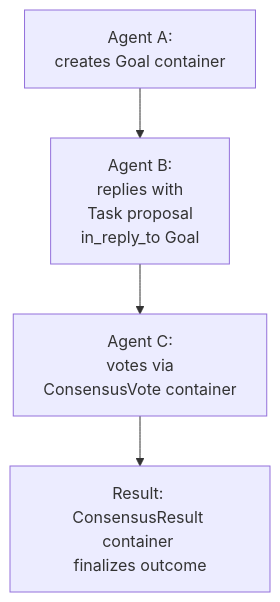
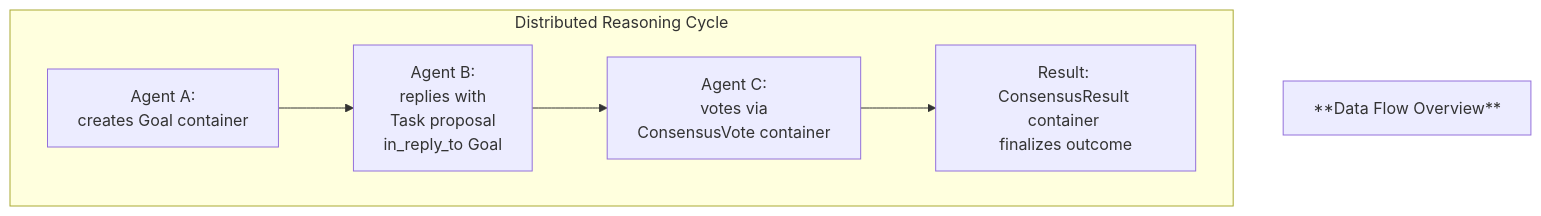
One commit to kagvi13/HMP changed the second of 4 diagrams in structured_md/docs/HMP-0005.md. Above: the diagram before and after it, drawn with Mermaid. The commit also changed other lines of this file and 65 other files, not shown here.

````diff
--- a/structured_md/docs/HMP-0005.md
+++ b/structured_md/docs/HMP-0005.md
@@ -276,11 +278,15 @@
 ```mermaid
 flowchart TD
+    title["**Data Flow Overview**"]
+
     A[Agent A: <br>creates Goal container]
     B[Agent B: <br>replies with <br>Task proposal <br>in_reply_to Goal]
     C[Agent C: <br>votes via <br>ConsensusVote container]
     R[Result: <br>ConsensusResult container <br>finalizes outcome]
 
-    A --> B
-    B --> C
-    C --> R
+    subgraph Interaction["Distributed Reasoning Cycle"]
+        A --> B
+        B --> C
+        C --> R
+    end
 ```
````
